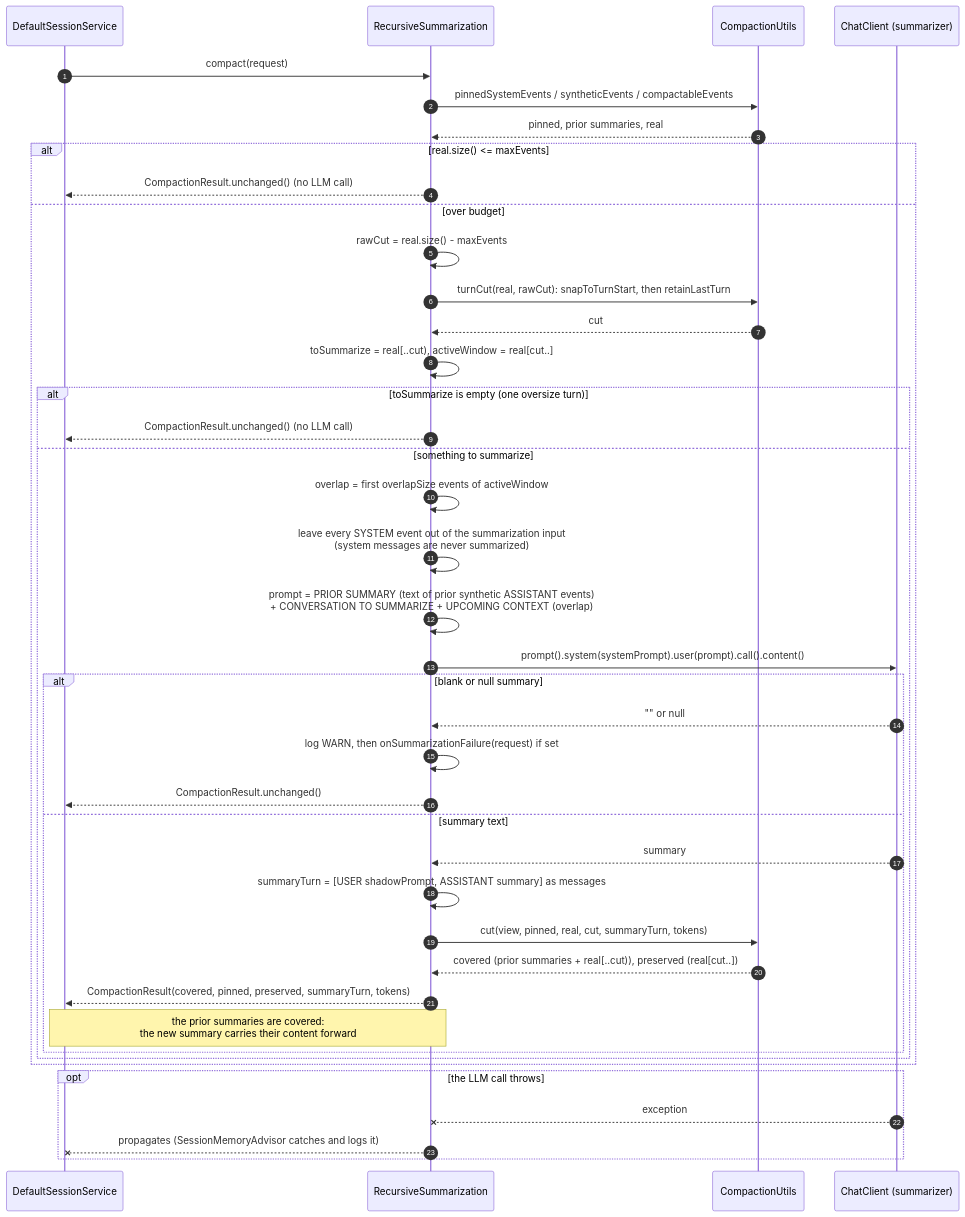
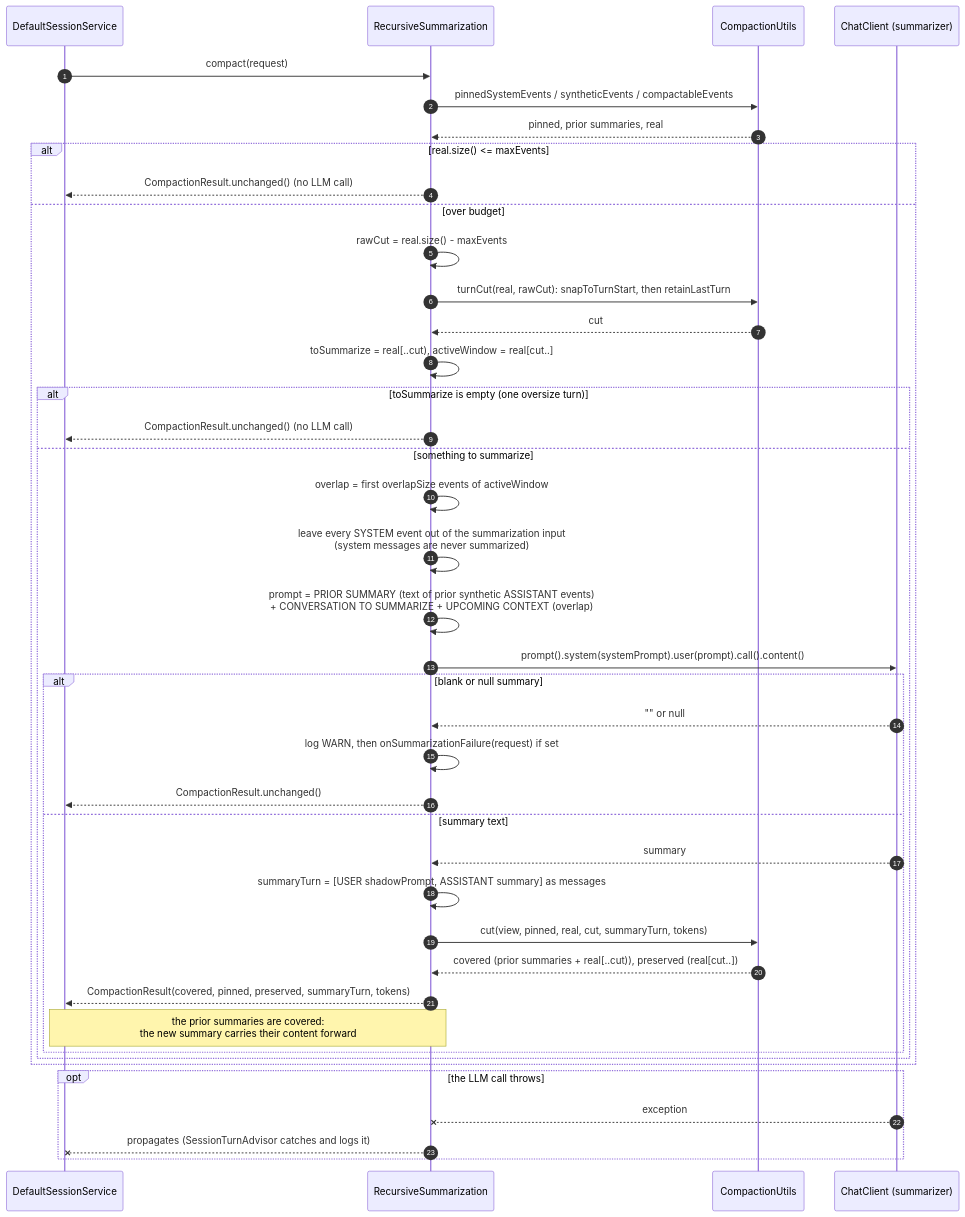
One commit to spring-ai-community/spring-ai-session changed the sixth of 9 diagrams in docs/session-management/compaction-internals.md. Above: the diagram before and after it, drawn with Mermaid. The commit also changed other lines of this file and 19 other files, not shown here.

First line of the commit message:
Run the turn in a SessionTurnAdvisor outside the tool loop

````diff
--- a/docs/session-management/compaction-internals.md
+++ b/docs/session-management/compaction-internals.md
@@ -343,44 +343,44 @@
 ```mermaid
 sequenceDiagram
     autonumber
     participant Caller as DefaultSessionService
     participant R as RecursiveSummarization
     participant U as CompactionUtils
     participant LLM as ChatClient (summarizer)
 
     Caller->>R: compact(request)
     R->>U: pinnedSystemEvents / syntheticEvents / compactableEvents
     U-->>R: pinned, prior summaries, real
     alt real.size() <= maxEvents
         R-->>Caller: CompactionResult.unchanged() (no LLM call)
     else over budget
         R->>R: rawCut = real.size() - maxEvents
         R->>U: turnCut(real, rawCut): snapToTurnStart, then retainLastTurn
         U-->>R: cut
         R->>R: toSummarize = real[..cut), activeWindow = real[cut..]
         alt toSummarize is empty (one oversize turn)
             R-->>Caller: CompactionResult.unchanged() (no LLM call)
         else something to summarize
             R->>R: overlap = first overlapSize events of activeWindow
             R->>R: leave every SYSTEM event out of the summarization input<br/>(system messages are never summarized)
             R->>R: prompt = PRIOR SUMMARY (text of prior synthetic ASSISTANT events)<br/>+ CONVERSATION TO SUMMARIZE + UPCOMING CONTEXT (overlap)
             R->>LLM: prompt().system(systemPrompt).user(prompt).call().content()
             alt blank or null summary
                 LLM-->>R: "" or null
                 R->>R: log WARN, then onSummarizationFailure(request) if set
                 R-->>Caller: CompactionResult.unchanged()
             else summary text
                 LLM-->>R: summary
                 R->>R: summaryTurn = [USER shadowPrompt, ASSISTANT summary] as messages
                 R->>U: cut(view, pinned, real, cut, summaryTurn, tokens)
                 U-->>R: covered (prior summaries + real[..cut)), preserved (real[cut..])
                 R-->>Caller: CompactionResult(covered, pinned, preserved, summaryTurn, tokens)
                 Note over R,Caller: the prior summaries are covered:<br/>the new summary carries their content forward
             end
         end
     end
     opt the LLM call throws
         LLM--xR: exception
-        R--xCaller: propagates (SessionMemoryAdvisor catches and logs it)
+        R--xCaller: propagates (SessionTurnAdvisor catches and logs it)
     end
 ```
````
